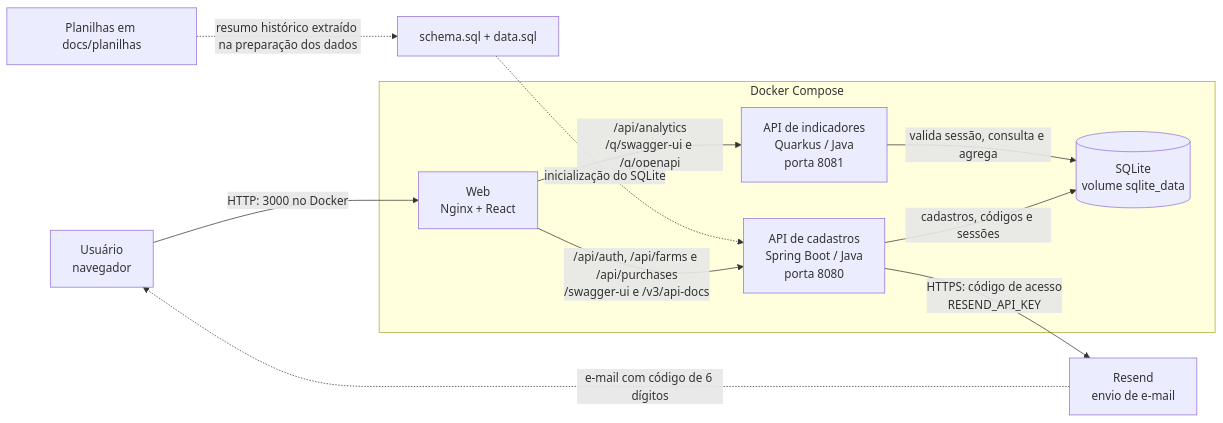
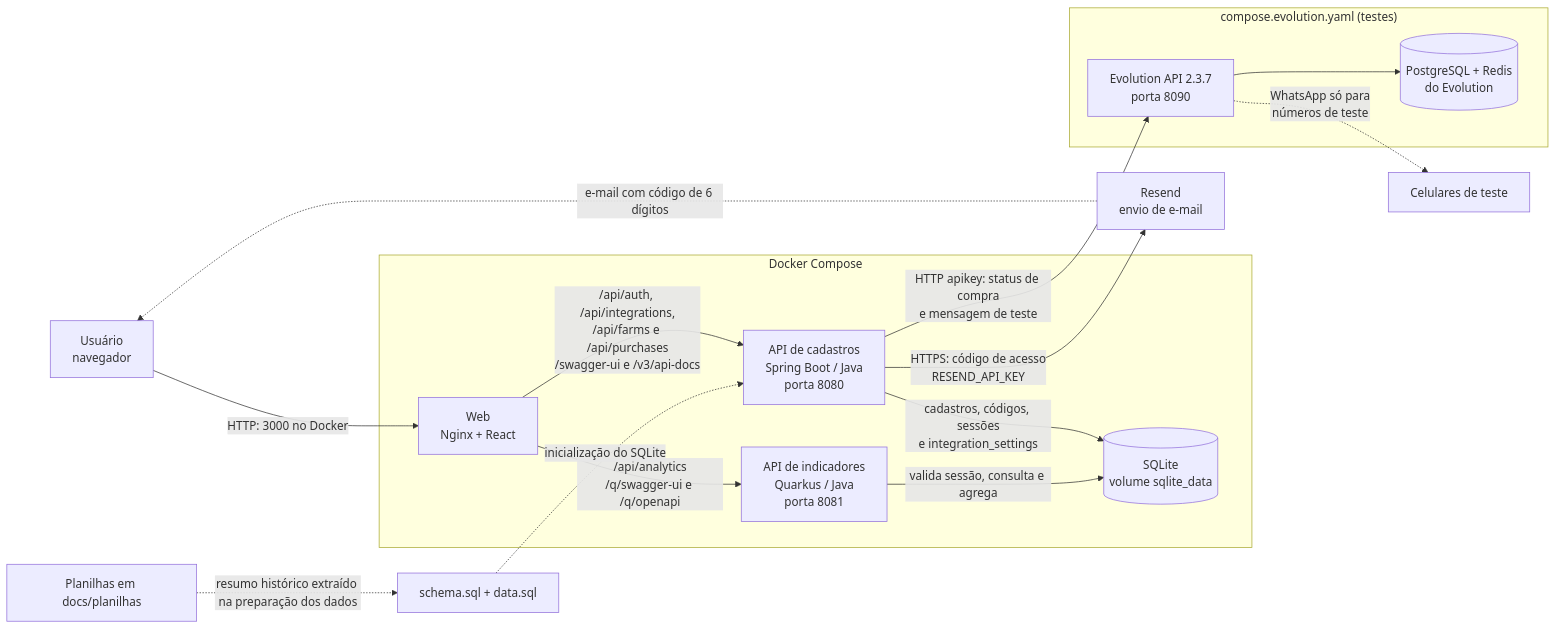
Before and after one commit to silvagiuliano/intergado: the first of 2 diagrams in docs/DIAGRAMAS_ARQUITETURA_SEQUENCIA.md, drawn with Mermaid. The commit also changed other lines of this file and 20 other files, not shown here.

First line of the commit message:
feat: add integrations settings screen and WhatsApp phase 1 via Evolution API

````diff
--- a/docs/DIAGRAMAS_ARQUITETURA_SEQUENCIA.md
+++ b/docs/DIAGRAMAS_ARQUITETURA_SEQUENCIA.md
@@ -9,22 +9,31 @@
 ```mermaid
 flowchart LR
     U["Usuário<br/>navegador"] -->|HTTP: 3000 no Docker| W
 
     subgraph Compose["Docker Compose"]
         W["Web<br/>Nginx + React"]
         P["API de cadastros<br/>Spring Boot / Java<br/>porta 8080"]
         A["API de indicadores<br/>Quarkus / Java<br/>porta 8081"]
         DB[("SQLite<br/>volume sqlite_data")]
 
-        W -->|"/api/auth, /api/farms e /api/purchases<br/>/swagger-ui e /v3/api-docs"| P
+        W -->|"/api/auth, /api/integrations,<br/>/api/farms e /api/purchases<br/>/swagger-ui e /v3/api-docs"| P
         W -->|"/api/analytics<br/>/q/swagger-ui e /q/openapi"| A
-        P -->|"cadastros, códigos e sessões"| DB
+        P -->|"cadastros, códigos, sessões<br/>e integration_settings"| DB
         A -->|"valida sessão, consulta e agrega"| DB
     end
 
     P -->|"HTTPS: código de acesso<br/>RESEND_API_KEY"| R["Resend<br/>envio de e-mail"]
     R -.->|"e-mail com código de 6 dígitos"| U
 
+    subgraph Evo["compose.evolution.yaml (testes)"]
+        EV["Evolution API 2.3.7<br/>porta 8090"]
+        EVDB[("PostgreSQL + Redis<br/>do Evolution")]
+        EV --> EVDB
+    end
+
+    P -->|"HTTP apikey: status de compra<br/>e mensagem de teste"| EV
+    EV -.->|"WhatsApp só para<br/>números de teste"| WA["Celulares de teste"]
+
     XLSX["Planilhas em docs/planilhas"] -.->|"resumo histórico extraído na preparação dos dados"| SEED["schema.sql + data.sql"]
     SEED -.->|"inicialização do SQLite"| P
 ```
````
